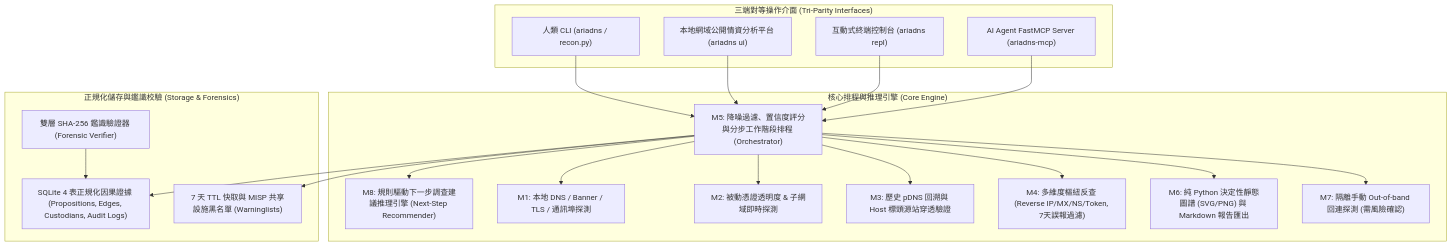
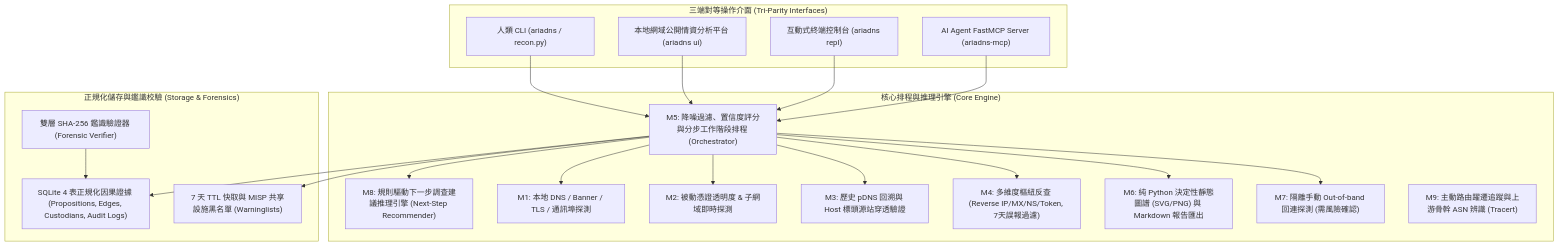
Before and after one commit to jontykuan/Ariadns: the diagram in README.md, drawn with Mermaid. The commit also changed other lines of this file and 4 other files, not shown here.

````diff
--- a/README.md
+++ b/README.md
@@ -16,34 +16,35 @@
 ```mermaid
 flowchart TD
     subgraph Interfaces ["三端對等操作介面 (Tri-Parity Interfaces)"]
         CLI["人類 CLI (ariadns / recon.py)"]
         UI["本地網域公開情資分析平台 (ariadns ui)"]
         REPL["互動式終端控制台 (ariadns repl)"]
         MCP["AI Agent FastMCP Server (ariadns-mcp)"]
     end
 
     subgraph CoreEngine ["核心排程與推理引擎 (Core Engine)"]
         M5["M5: 降噪過濾、置信度評分與分步工作階段排程 (Orchestrator)"]
         M8["M8: 規則驅動下一步調查建議推理引擎 (Next-Step Recommender)"]
         M1["M1: 本地 DNS / Banner / TLS / 通訊埠探測"]
         M2["M2: 被動憑證透明度 & 子網域即時探測"]
         M3["M3: 歷史 pDNS 回溯與 Host 標頭源站穿透驗證"]
         M4["M4: 多維度樞紐反查 (Reverse IP/MX/NS/Token, 7天誤報過濾)"]
         M6["M6: 純 Python 決定性靜態圖譜 (SVG/PNG) 與 Markdown 報告匯出"]
         M7["M7: 隔離手動 Out-of-band 回連探測 (需風險確認)"]
+        M9["M9: 主動路由躍遷追蹤與上游骨幹 ASN 辨識 (Tracert)"]
     end
 
     subgraph Storage ["正規化儲存與鑑識校驗 (Storage & Forensics)"]
         DB_NORM["SQLite 4 表正規化因果證據 (Propositions, Edges, Custodians, Audit Logs)"]
         CACHE["7 天 TTL 快取與 MISP 共享設施黑名單 (Warninglists)"]
         VERIFIER["雙層 SHA-256 鑑識驗證器 (Forensic Verifier)"]
     end
 
     CLI --> M5
     UI --> M5
     REPL --> M5
     MCP --> M5
     M5 --> M8 & M1 & M2 & M3 & M4 & M6 & M7
     M5 --> DB_NORM & CACHE
     VERIFIER --> DB_NORM
 ```
````
